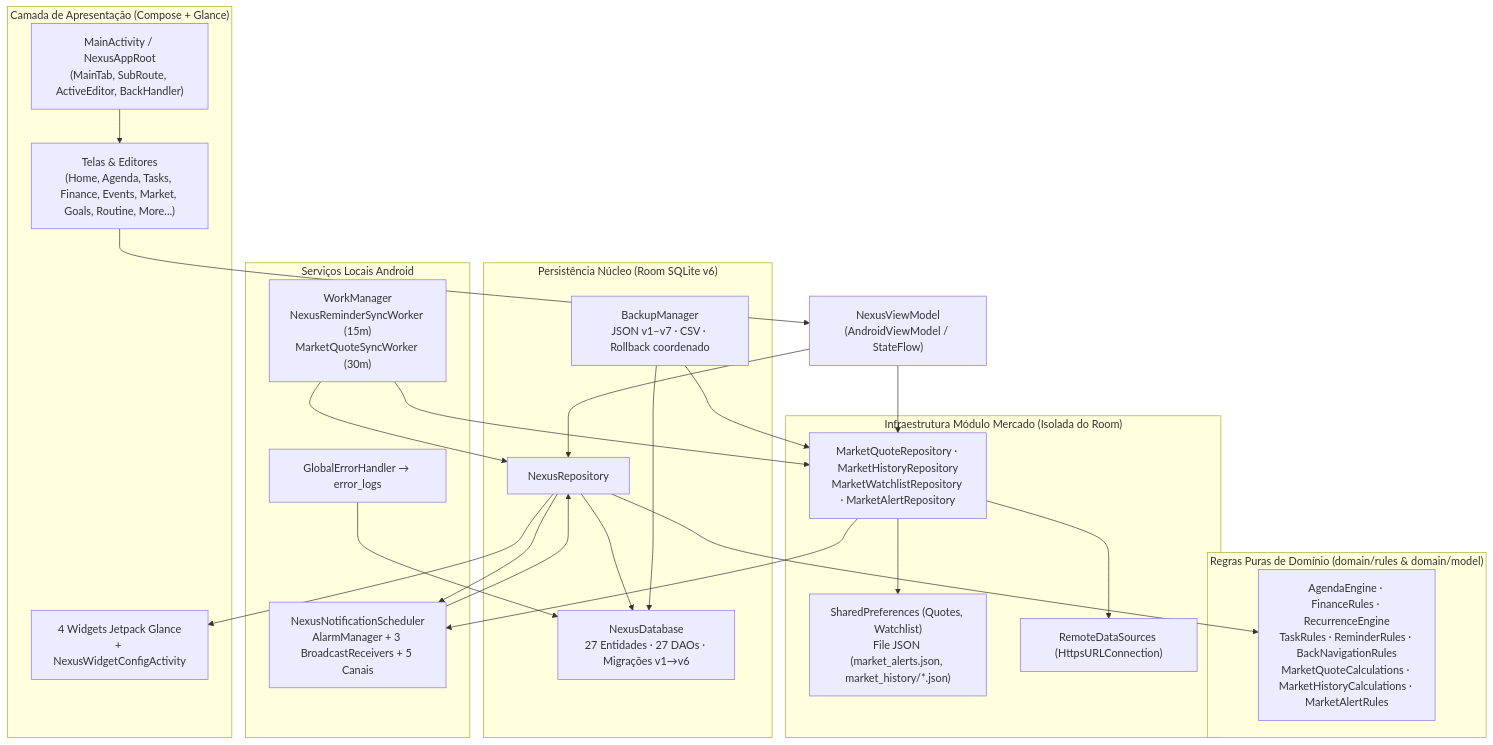
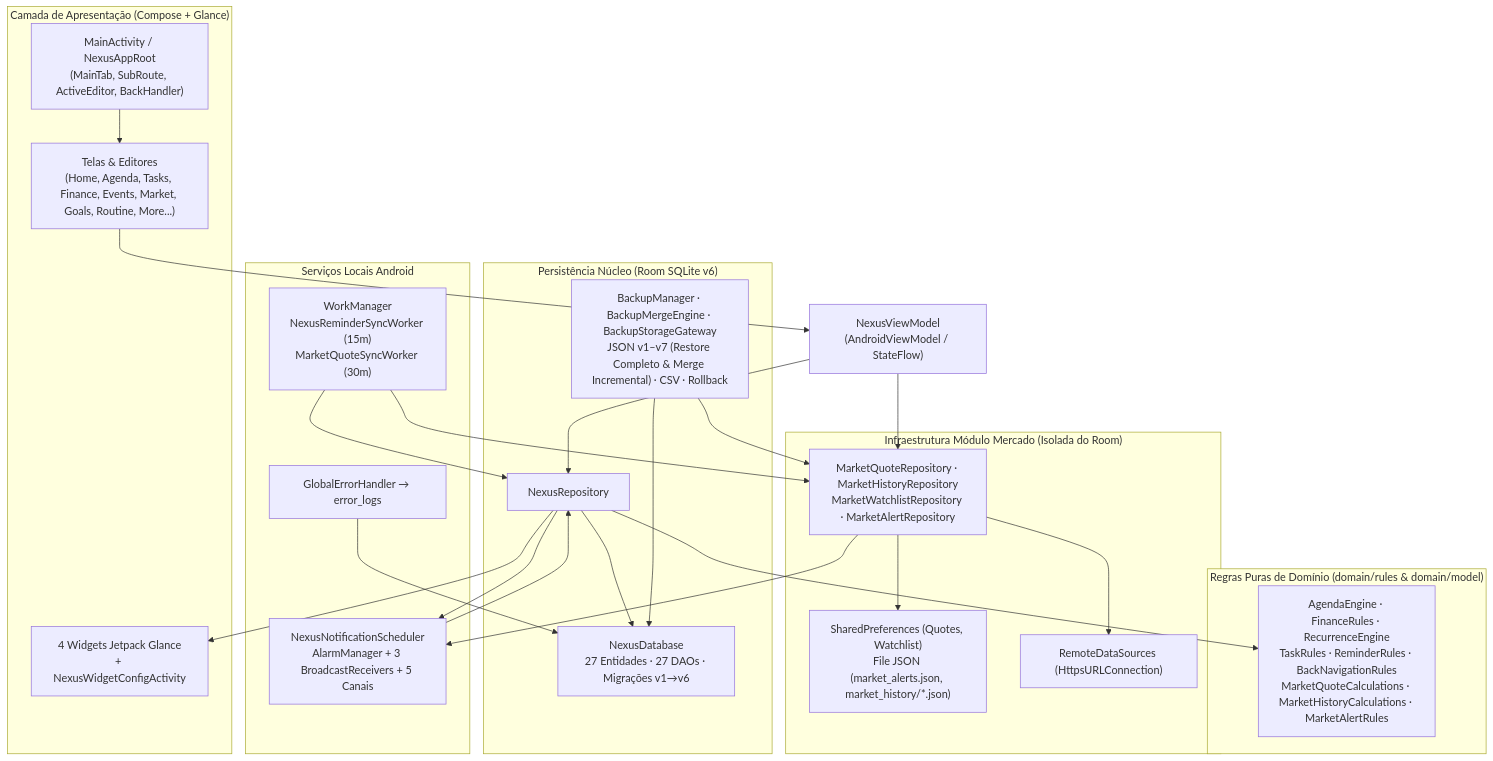
The second of 2 diagrams in docs/03_ARQUITETURA_ENGENHARIA.md (enzonunezmachado/PROJETO-NEXUS-), drawn with Mermaid before and after one commit. The commit also changed other lines of this file and 22 other files, not shown here.

First line of the commit message:
feat: add backup merge and CI signing support

````diff
--- a/docs/03_ARQUITETURA_ENGENHARIA.md
+++ b/docs/03_ARQUITETURA_ENGENHARIA.md
@@ -39,50 +39,50 @@
 ```mermaid
 flowchart TB
     subgraph UI["Camada de Apresentação (Compose + Glance)"]
         MA["MainActivity / NexusAppRoot<br/>(MainTab, SubRoute, ActiveEditor, BackHandler)"]
         Screens["Telas & Editores<br/>(Home, Agenda, Tasks, Finance, Events, Market, Goals, Routine, More...)"]
         Glance["4 Widgets Jetpack Glance<br/>+ NexusWidgetConfigActivity"]
     end
 
     VM["NexusViewModel<br/>(AndroidViewModel / StateFlow)"]
 
     subgraph Domain["Regras Puras de Domínio (domain/rules & domain/model)"]
         Rules["AgendaEngine · FinanceRules · RecurrenceEngine<br/>TaskRules · ReminderRules · BackNavigationRules<br/>MarketQuoteCalculations · MarketHistoryCalculations · MarketAlertRules"]
     end
 
     subgraph DataCore["Persistência Núcleo (Room SQLite v6)"]
         Repo["NexusRepository"]
         DB["NexusDatabase<br/>27 Entidades · 27 DAOs · Migrações v1→v6"]
-        BM["BackupManager<br/>JSON v1–v7 · CSV · Rollback coordenado"]
+        BM["BackupManager · BackupMergeEngine · BackupStorageGateway<br/>JSON v1–v7 (Restore Completo &amp; Merge Incremental) · CSV · Rollback"]
     end
 
     subgraph DataMarket["Infraestrutura Módulo Mercado (Isolada do Room)"]
         MRepo["MarketQuoteRepository · MarketHistoryRepository<br/>MarketWatchlistRepository · MarketAlertRepository"]
         MStores["SharedPreferences (Quotes, Watchlist)<br/>File JSON (market_alerts.json, market_history/*.json)"]
         MNet["RemoteDataSources (HttpsURLConnection)"]
     end
 
     subgraph SystemBG["Serviços Locais Android"]
         Notif["NexusNotificationScheduler<br/>AlarmManager + 3 BroadcastReceivers + 5 Canais"]
         Workers["WorkManager<br/>NexusReminderSyncWorker (15m)<br/>MarketQuoteSyncWorker (30m)"]
         Err["GlobalErrorHandler → error_logs"]
     end
 
     MA --> Screens
     Screens --> VM
     VM --> Repo
     VM --> MRepo
     Repo --> Rules
     Repo --> DB
     Repo --> Notif
     Repo --> Glance
     BM --> DB
     BM --> MRepo
     MRepo --> MStores
     MRepo --> MNet
     MRepo --> Notif
     Workers --> Repo
     Workers --> MRepo
     Notif --> Repo
     Err --> DB
 ```
````
